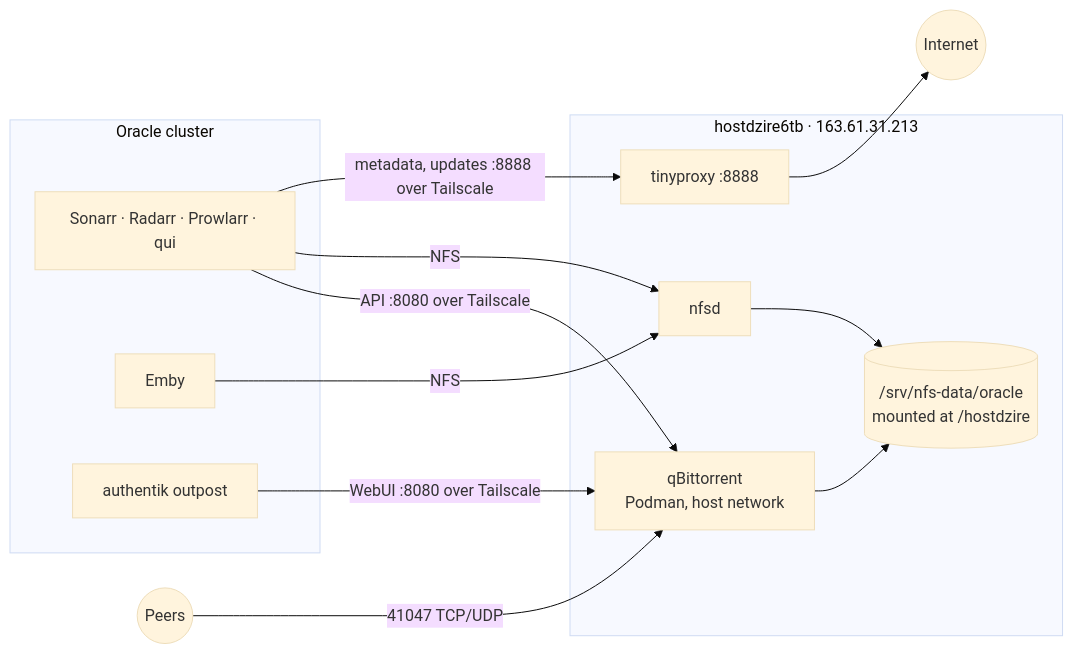
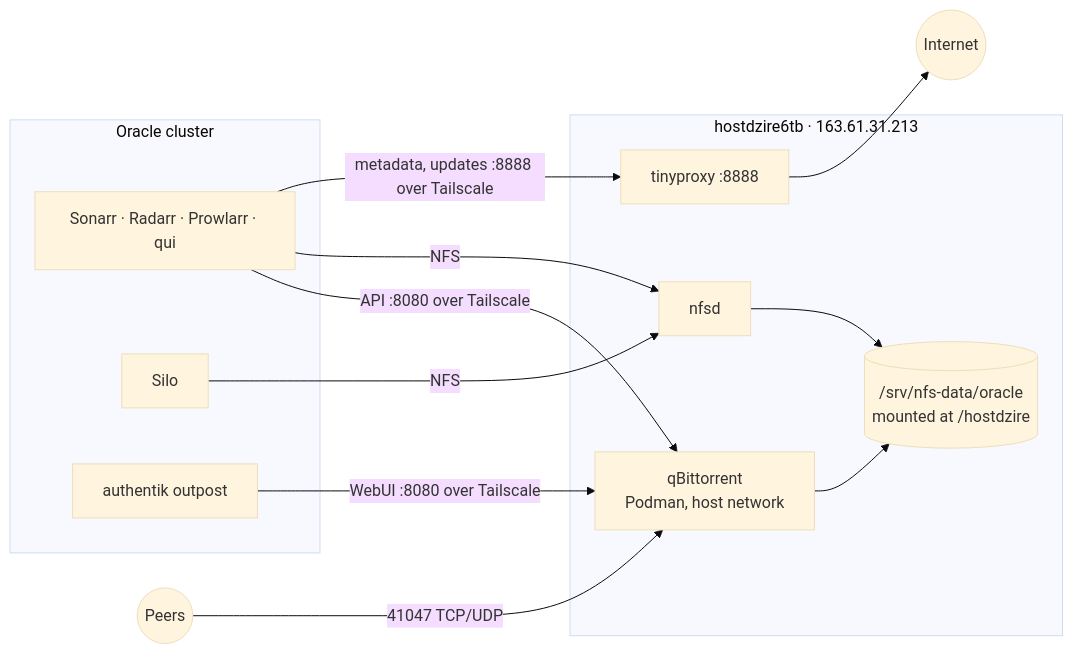
The diagram in docs/operations/qbittorrent-hostdzire.md (navaneeth-dev/oracle-ops), drawn with Mermaid (base theme) before and after one commit. The commit also changed 9 other files, not shown here.

Commit message:
feat(arr-stack): remove Emby in favour of Silo

````diff
--- a/docs/operations/qbittorrent-hostdzire.md
+++ b/docs/operations/qbittorrent-hostdzire.md
@@ -9,19 +9,19 @@
 ```mermaid
 flowchart LR
   peers((Peers)) -- "41047 TCP/UDP" --> qbit
   subgraph hd["hostdzire6tb · 163.61.31.213"]
     qbit["qBittorrent<br/>Podman, host network"] --> srv[("/srv/nfs-data/oracle<br/>mounted at /hostdzire")]
     nfsd[nfsd] --> srv
     tp["tinyproxy :8888"]
   end
   subgraph oci["Oracle cluster"]
     arr["Sonarr · Radarr · Prowlarr · qui"]
-    emby[Emby]
+    silo[Silo]
     ak[authentik outpost]
   end
   arr -- "API :8080 over Tailscale" --> qbit
   ak -- "WebUI :8080 over Tailscale" --> qbit
   arr -- NFS --> nfsd
   arr -- "metadata, updates :8888 over Tailscale" --> tp --> web((Internet))
-  emby -- NFS --> nfsd
+  silo -- NFS --> nfsd
 ```
````
